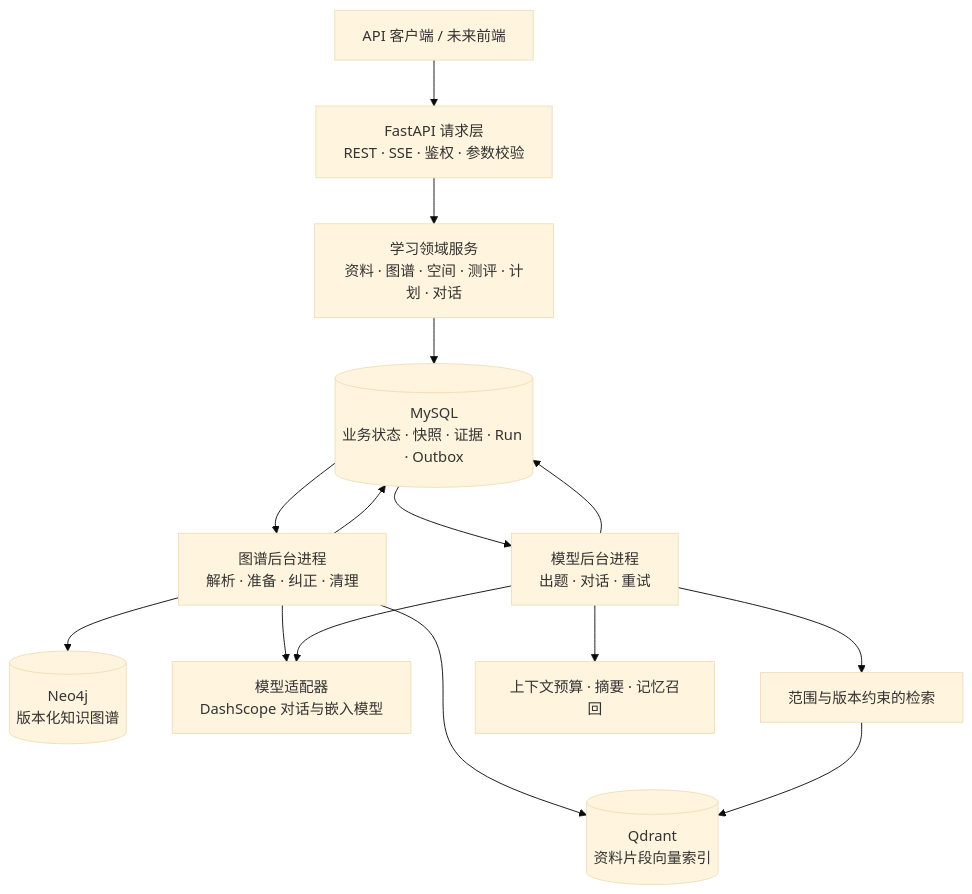
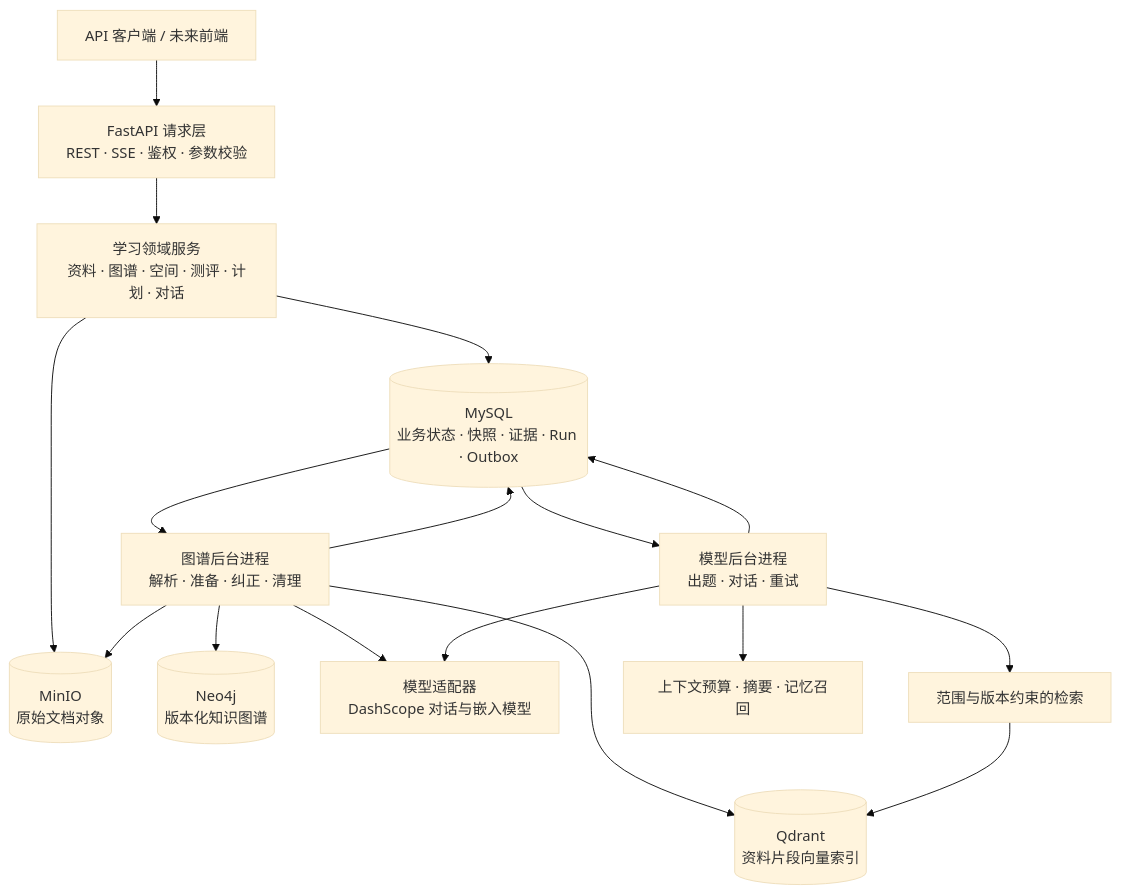
The second of 3 diagrams in README.md (yinon-0102/KnowPath), drawn with Mermaid (base theme) before and after one commit. The commit also changed other lines of this file and 36 other files, not shown here.

````diff
--- a/README.md
+++ b/README.md
@@ -46,17 +46,19 @@
 ```mermaid
 flowchart TB
     Client[API 客户端 / 未来前端] --> API[FastAPI 请求层<br/>REST · SSE · 鉴权 · 参数校验]
     API --> Domain[学习领域服务<br/>资料 · 图谱 · 空间 · 测评 · 计划 · 对话]
     Domain --> SQL[(MySQL<br/>业务状态 · 快照 · 证据 · Run · Outbox)]
+    Domain --> MinIO[(MinIO<br/>原始文档对象)]
+    GraphWorker --> MinIO
     SQL --> GraphWorker[图谱后台进程<br/>解析 · 准备 · 纠正 · 清理]
     SQL --> ModelWorker[模型后台进程<br/>出题 · 对话 · 重试]
     GraphWorker --> Neo4j[(Neo4j<br/>版本化知识图谱)]
     GraphWorker --> Qdrant[(Qdrant<br/>资料片段向量索引)]
     GraphWorker --> Providers[模型适配器<br/>DashScope 对话与嵌入模型]
     ModelWorker --> RAG[范围与版本约束的检索]
     RAG --> Qdrant
     ModelWorker --> Context[上下文预算 · 摘要 · 记忆召回]
     ModelWorker --> Providers
     GraphWorker --> SQL
     ModelWorker --> SQL
 ```
````
